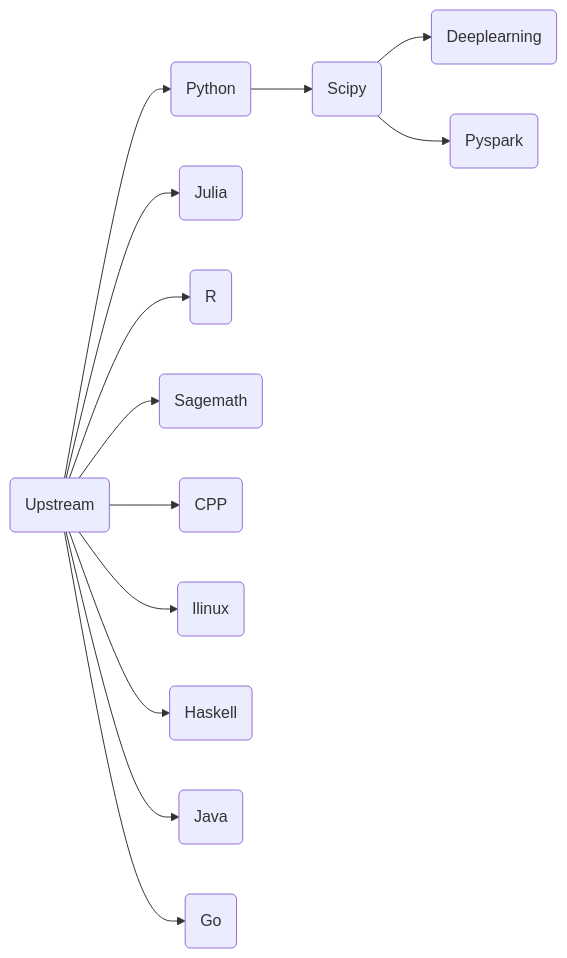
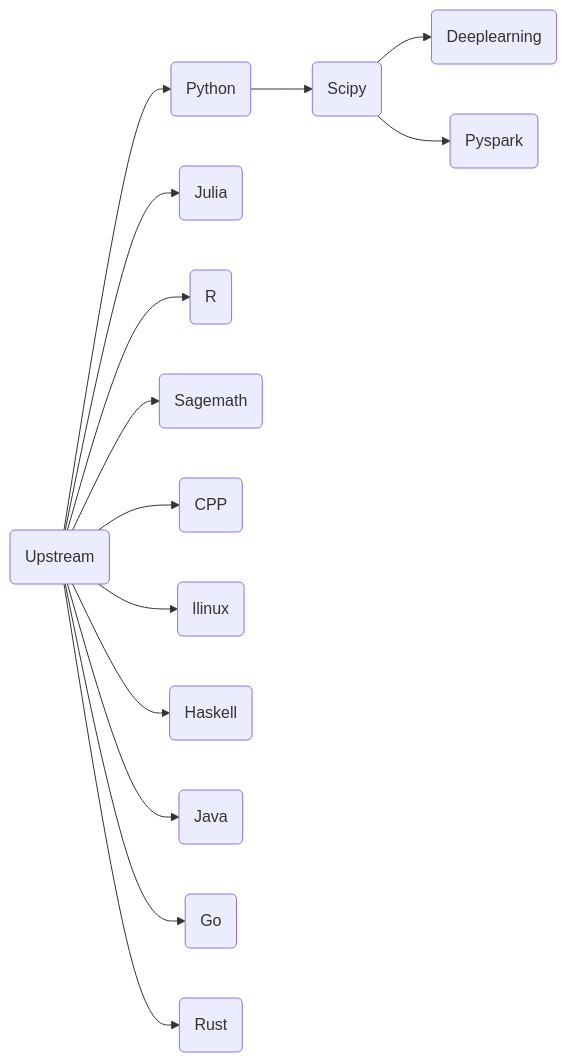
The diagram in README.md (ben0i0d/jupyter-image-stacks), drawn with Mermaid before and after one commit. The commit also changed other lines of this file and 3 other files, not shown here.

````diff
--- a/README.md
+++ b/README.md
@@ -75,14 +84,15 @@
 ```mermaid
 graph LR
 A(Upstream)-->B(Python)-->C(Scipy)
 A-->F(Julia)
 A-->G(R)
 A-->H(Sagemath)
 A-->I(CPP)
 A-->J(llinux)
 A-->K(Haskell)
 A-->L(Java)
 A-->M(Go)
+A-->N(Rust)
 C(Scipy)-->D(Deeplearning)  
 C(Scipy)-->E(Pyspark)  
 ```  
````
